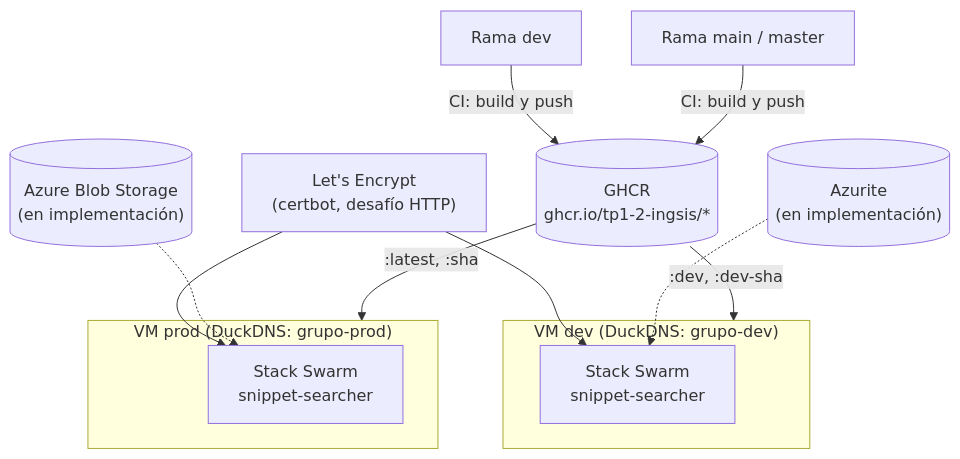
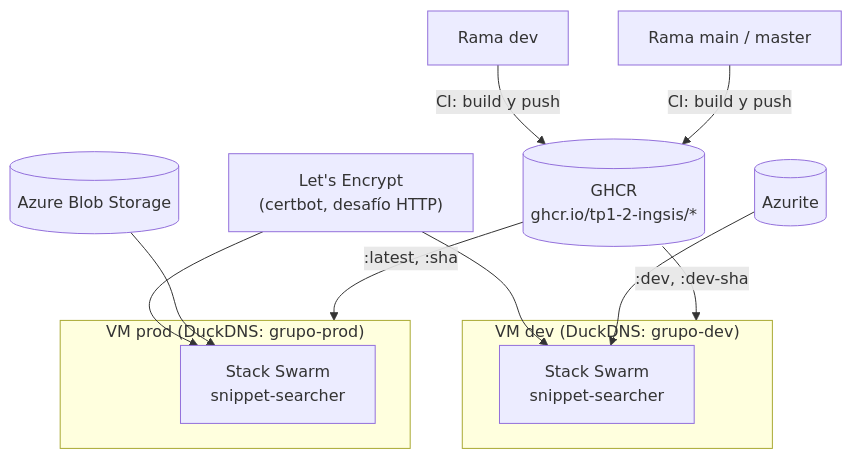
The second of 2 diagrams in docs/arquitectura.md (TP1-2-INGSIS/snippet-searcher-infra), drawn with Mermaid before and after one commit. The commit also changed other lines of this file and 3 other files, not shown here.

````diff
--- a/docs/arquitectura.md
+++ b/docs/arquitectura.md
@@ -67,20 +67,20 @@
 ```mermaid
 flowchart TB
     Dev["Rama dev"] -->|"CI: build y push"| GHCR[("GHCR<br/>ghcr.io/tp1-2-ingsis/*")]
     Main["Rama main / master"] -->|"CI: build y push"| GHCR
 
     GHCR -->|":dev, :dev-sha"| VMDev
     GHCR -->|":latest, :sha"| VMProd
 
     subgraph VMDev["VM dev (DuckDNS: grupo-dev)"]
         StackDev["Stack Swarm<br/>snippet-searcher"]
     end
     subgraph VMProd["VM prod (DuckDNS: grupo-prod)"]
         StackProd["Stack Swarm<br/>snippet-searcher"]
     end
 
     LE["Let's Encrypt<br/>(certbot, desafío HTTP)"] --> StackDev
     LE --> StackProd
-    Azure[("Azure Blob Storage<br/>(en implementación)")] -.-> StackProd
-    Azurite[("Azurite<br/>(en implementación)")] -.-> StackDev
+    Azure[("Azure Blob Storage")] --> StackProd
+    Azurite[("Azurite")] --> StackDev
 ```
````
